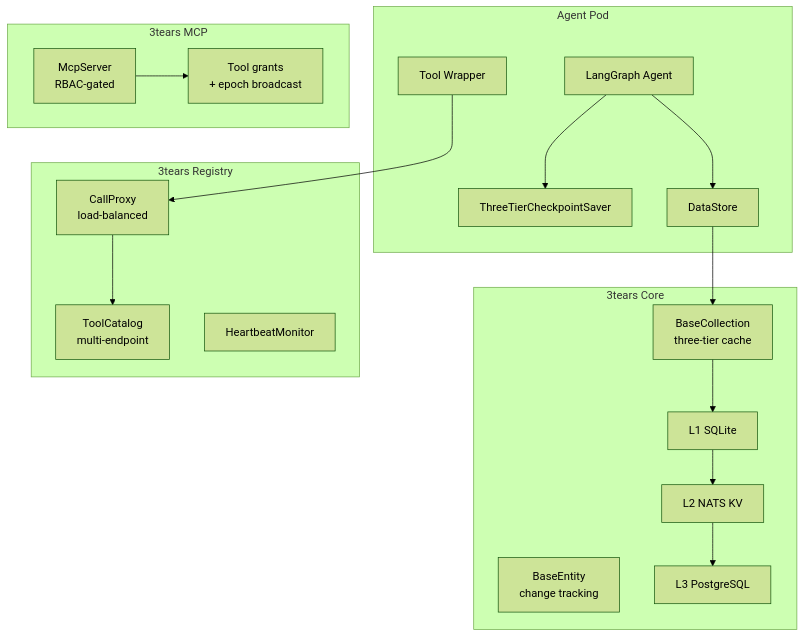
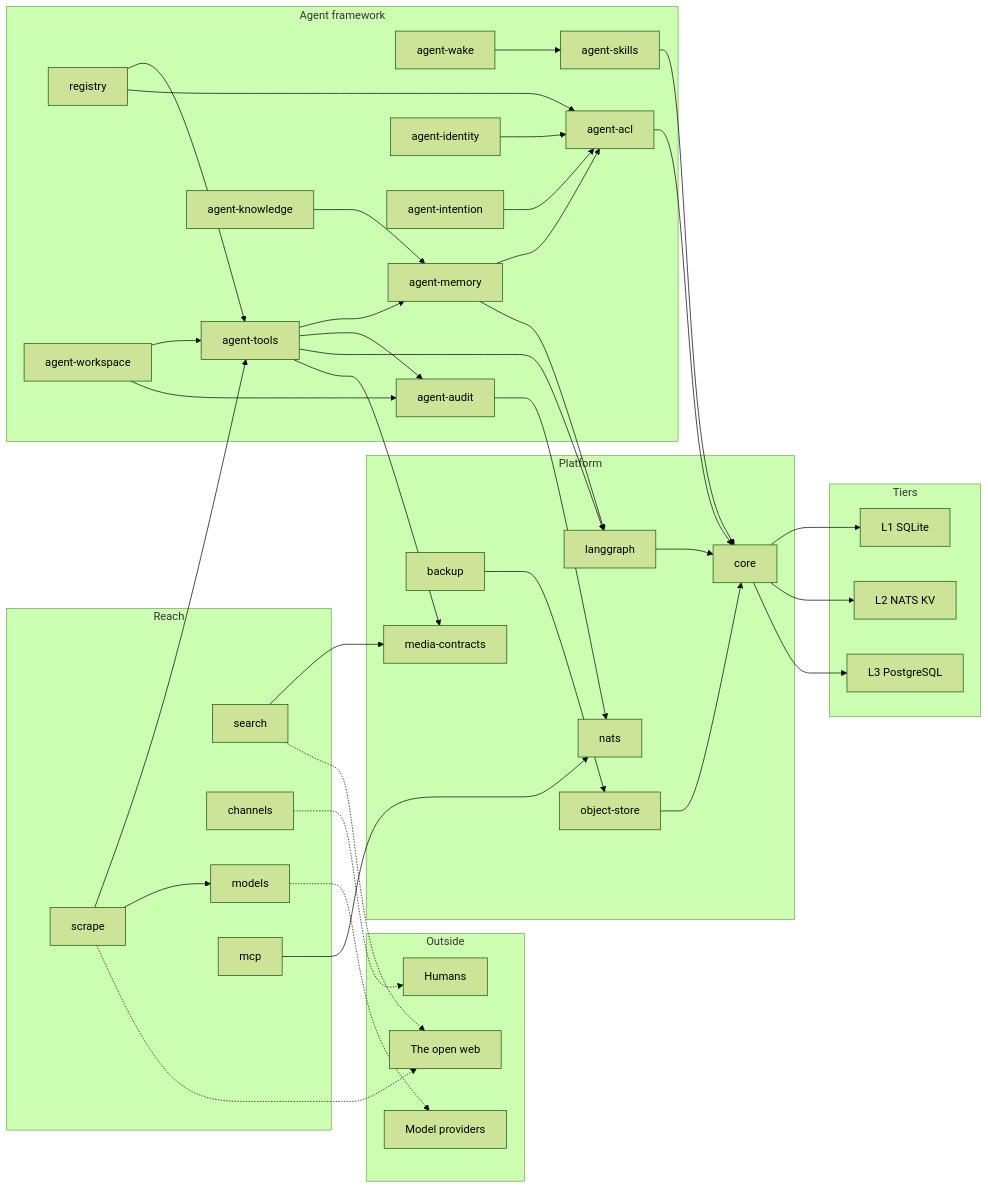
The diagram in README.md (pacepace/3tears), drawn with Mermaid (forest theme) before and after one commit. The commit also changed other lines of this file, not shown here.

First paragraph of the commit message:
The architecture diagram shows the family that exists
The old diagram had four boxes: agent pod, core, registry, MCP. It was
drawn when those were most of the platform and had not moved since, so it
omitted the entire agent framework, both storage packages, and everything
that reaches the open web.

````diff
--- a/README.md
+++ b/README.md
@@ -183,36 +191,77 @@
 ```mermaid
-graph TB
-    subgraph "Agent Pod"
-        AGENT[LangGraph Agent]
-        TOOLS[Tool Wrapper]
-        CHECK[ThreeTierCheckpointSaver]
-        DATA[DataStore]
+graph LR
+    subgraph "Outside"
+        WEB[The open web]
+        HUM[Humans]
+        LLM[Model providers]
     end
 
-    subgraph "3tears Core"
-        ENT[BaseEntity<br/>change tracking]
-        COL[BaseCollection<br/>three-tier cache]
+    subgraph "Reach"
+        SCRAPE[scrape]
+        SEARCH[search]
+        CHAN[channels]
+        MODELS[models]
+        MCP[mcp]
+    end
+
+    subgraph "Agent framework"
+        REG[registry]
+        WORK[agent-workspace]
+        TOOLS[agent-tools]
+        WAKE[agent-wake]
+        KNOW[agent-knowledge]
+        MEM[agent-memory]
+        SKILL[agent-skills]
+        IDENT[agent-identity]
+        INT[agent-intention]
+        ACL[agent-acl]
+        AUDIT[agent-audit]
+    end
+
+    subgraph "Platform"
+        LG[langgraph]
+        BACK[backup]
+        OBJ[object-store]
+        CORE[core]
+        NATS[nats]
+        MEDIA[media-contracts]
+    end
+
+    subgraph "Tiers"
         L1[L1 SQLite]
         L2[L2 NATS KV]
         L3[L3 PostgreSQL]
     end
 
-    subgraph "3tears Registry"
-        CAT[ToolCatalog<br/>multi-endpoint]
-        PROXY[CallProxy<br/>load-balanced]
-        HB[HeartbeatMonitor]
-    end
-
-    subgraph "3tears MCP"
-        MCP_SERVER[McpServer<br/>RBAC-gated]
-        MCP_GRANTS[Tool grants<br/>+ epoch broadcast]
-    end
-
-    AGENT --> DATA
-    AGENT --> CHECK
-    DATA --> COL
-    COL --> L1 --> L2 --> L3
-    TOOLS --> PROXY
-    PROXY --> CAT
-    MCP_SERVER --> MCP_GRANTS
+    SCRAPE --> TOOLS
+    SCRAPE --> MODELS
+    REG --> TOOLS
+    REG --> ACL
+    WORK --> TOOLS
+    WORK --> AUDIT
+    TOOLS --> MEM
+    TOOLS --> AUDIT
+    TOOLS --> LG
+    TOOLS --> MEDIA
+    KNOW --> MEM
+    MEM --> ACL
+    IDENT --> ACL
+    INT --> ACL
+    MEM --> LG
+    WAKE --> SKILL
+    SKILL --> CORE
+    ACL --> CORE
+    LG --> CORE
+    AUDIT --> NATS
+    MCP --> NATS
+    BACK --> OBJ
+    OBJ --> CORE
+    SEARCH --> MEDIA
+    CORE --> L1
+    CORE --> L2
+    CORE --> L3
+    SCRAPE -.-> WEB
+    SEARCH -.-> WEB
+    CHAN -.-> HUM
+    MODELS -.-> LLM
 ```
````
